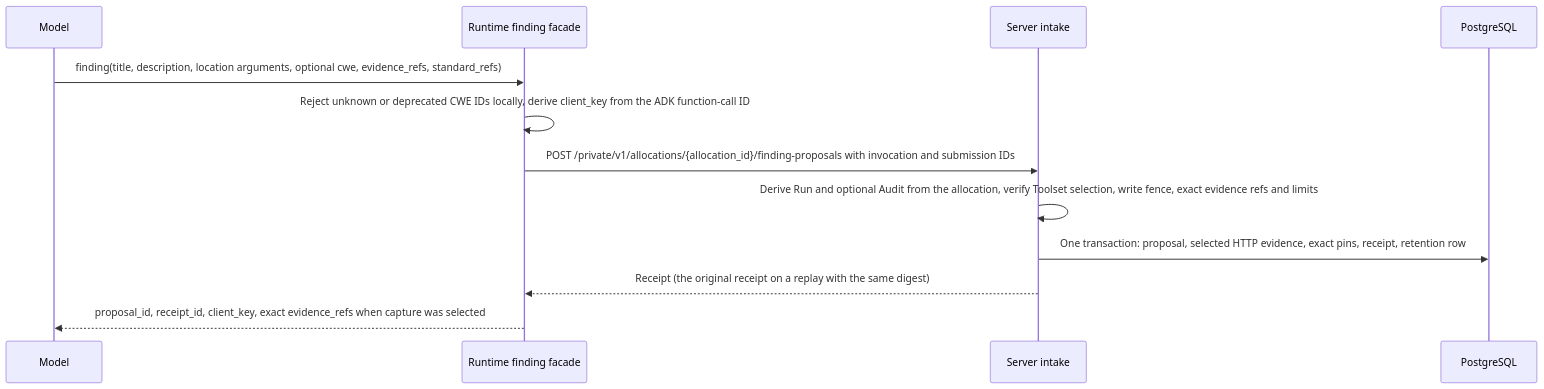
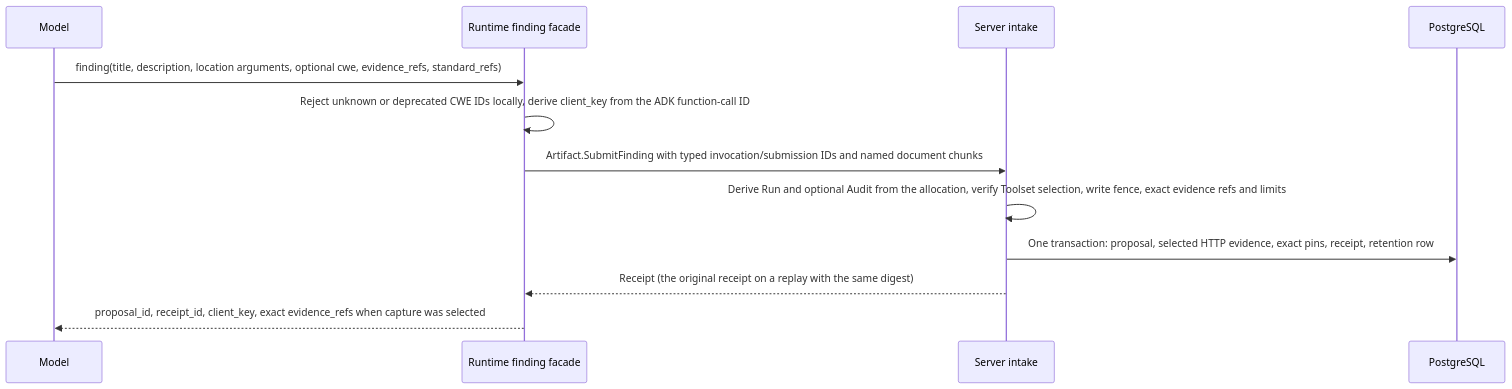
One commit to grauwolf32/contractor changed the second of 3 diagrams in docs/spec/findings/findings.md. Above: the diagram before and after it, drawn with Mermaid. The commit also changed other lines of this file and 229 other files, not shown here.

````diff
--- a/docs/spec/findings/findings.md
+++ b/docs/spec/findings/findings.md
@@ -611,14 +611,14 @@
 ```mermaid
 sequenceDiagram
     participant M as Model
     participant R as Runtime finding facade
     participant S as Server intake
     participant DB as PostgreSQL
     M->>R: finding(title, description, location arguments, optional cwe, evidence_refs, standard_refs)
     R->>R: Reject unknown or deprecated CWE IDs locally, derive client_key from the ADK function-call ID
-    R->>S: POST /private/v1/allocations/{allocation_id}/finding-proposals with invocation and submission IDs
+    R->>S: Artifact.SubmitFinding with typed invocation/submission IDs and named document chunks
     S->>S: Derive Run and optional Audit from the allocation, verify Toolset selection, write fence, exact evidence refs and limits
     S->>DB: One transaction: proposal, selected HTTP evidence, exact pins, receipt, retention row
     S-->>R: Receipt (the original receipt on a replay with the same digest)
     R-->>M: proposal_id, receipt_id, client_key, exact evidence_refs when capture was selected
 ```
````
